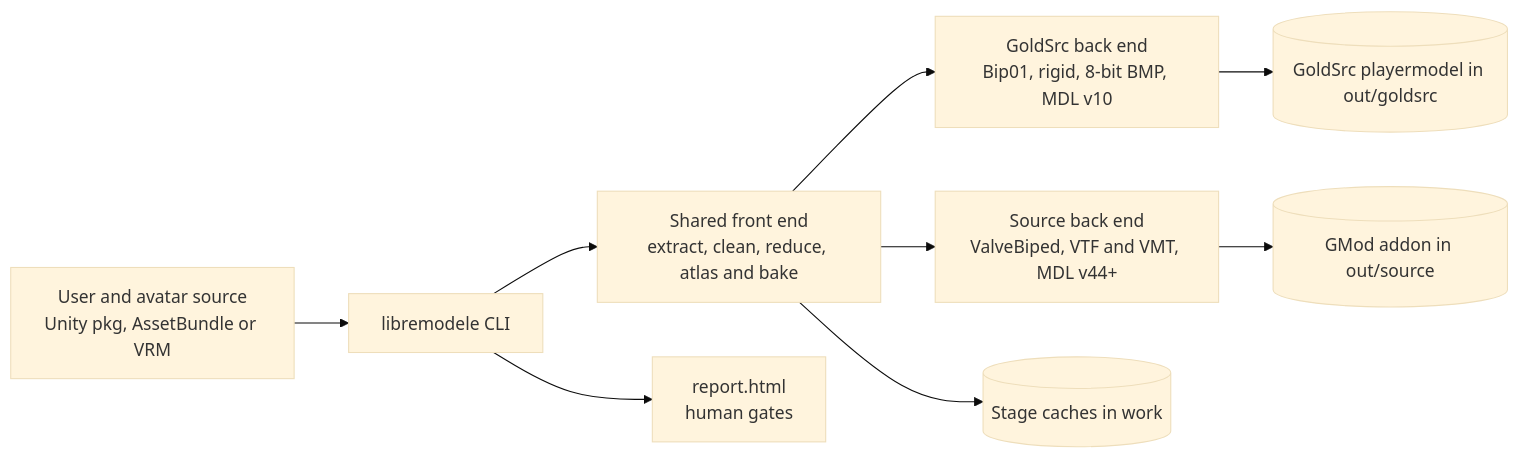
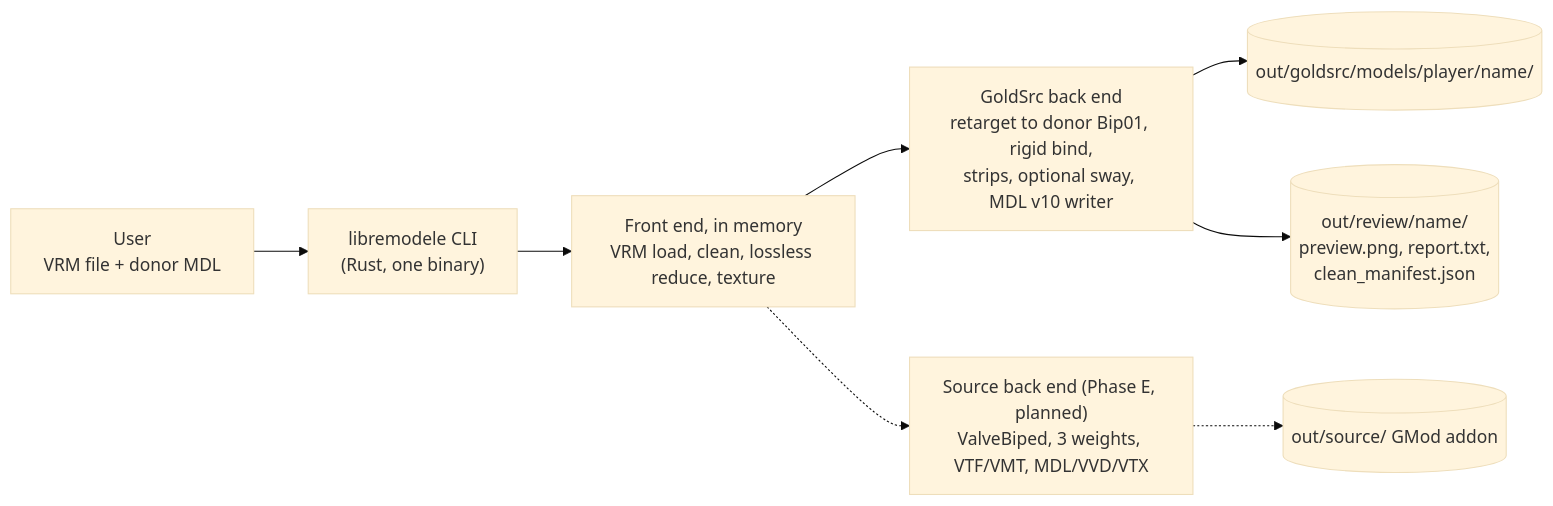
One commit to kritzerenkrieg/libremodele changed the diagram in ARCHITECTURE.md. Above: the diagram before and after it, drawn with Mermaid (base theme). The commit also changed other lines of this file and 2 other files, not shown here.

First line of the commit message:
docs: triage C8 and E1-E4; rewrite ARCHITECTURE.md for Phase D

````diff
--- a/ARCHITECTURE.md
+++ b/ARCHITECTURE.md
@@ -9,11 +7,10 @@
 ```mermaid
 flowchart LR
-    User["User and avatar source<br/>Unity pkg, AssetBundle or VRM"] --> Cli["libremodele CLI"]
-    Cli --> Front["Shared front end<br/>extract, clean, reduce, atlas and bake"]
-    Front --> Gold["GoldSrc back end<br/>Bip01, rigid, 8-bit BMP, MDL v10"]
-    Front --> Src["Source back end<br/>ValveBiped, VTF and VMT, MDL v44+"]
-    Front --> Work[("Stage caches in work")]
-    Gold --> OutGold[("GoldSrc playermodel in out/goldsrc")]
-    Src --> OutSrc[("GMod addon in out/source")]
-    Cli --> Report["report.html<br/>human gates"]
+    User["User<br/>VRM file + donor MDL"] --> Cli["libremodele CLI<br/>(Rust, one binary)"]
+    Cli --> Front["Front end, in memory<br/>VRM load, clean, lossless reduce, texture"]
+    Front --> Gold["GoldSrc back end<br/>retarget to donor Bip01, rigid bind,<br/>strips, optional sway, MDL v10 writer"]
+    Front -.-> Src["Source back end (Phase E, planned)<br/>ValveBiped, 3 weights, VTF/VMT, MDL/VVD/VTX"]
+    Gold --> OutGold[("out/goldsrc/models/player/name/")]
+    Gold --> Review[("out/review/name/<br/>preview.png, report.txt,<br/>clean_manifest.json")]
+    Src -.-> OutSrc[("out/source/ GMod addon")]
 ```
````
